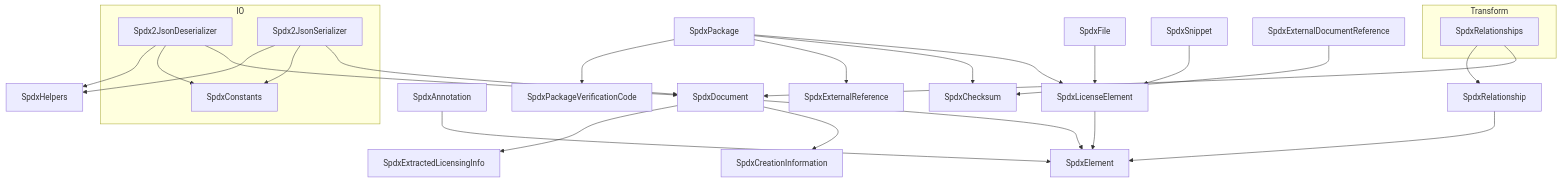
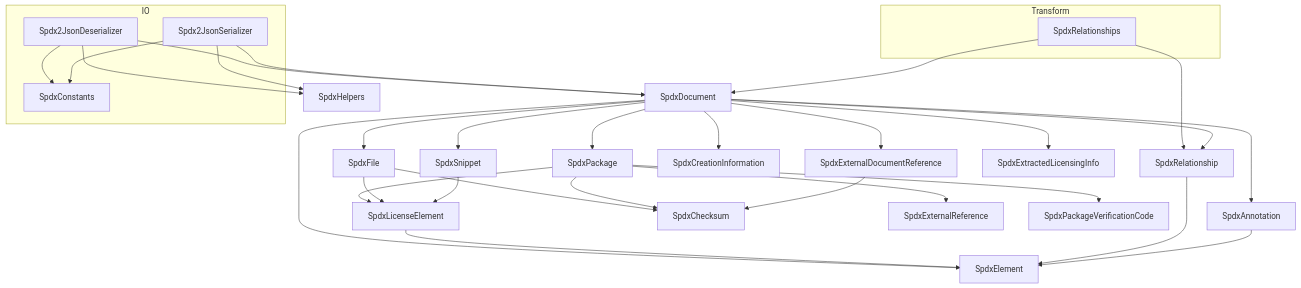
One commit to demaconsulting/SpdxModel changed the first of 2 diagrams in docs/design/spdx-model/spdx-model.md. Above: the diagram before and after it, drawn with Mermaid. The commit also changed 35 other files, not shown here.

````diff
--- a/docs/design/spdx-model/spdx-model.md
+++ b/docs/design/spdx-model/spdx-model.md
@@ -9,49 +9,56 @@
 ```mermaid
 flowchart TD
     subgraph IO
         Spdx2JsonDeserializer
         Spdx2JsonSerializer
         SpdxConstants
     end
     subgraph Transform
         SpdxRelationships
     end
     SpdxDocument
     SpdxElement
     SpdxLicenseElement
     SpdxPackage
     SpdxFile
     SpdxSnippet
     SpdxRelationship
     SpdxAnnotation
     SpdxChecksum
     SpdxCreationInformation
     SpdxExternalDocumentReference
     SpdxExternalReference
     SpdxExtractedLicensingInfo
     SpdxPackageVerificationCode
     SpdxHelpers
 
     SpdxDocument --> SpdxElement
     SpdxLicenseElement --> SpdxElement
     SpdxPackage --> SpdxLicenseElement
     SpdxFile --> SpdxLicenseElement
     SpdxSnippet --> SpdxLicenseElement
     SpdxRelationship --> SpdxElement
     SpdxAnnotation --> SpdxElement
 
     Spdx2JsonDeserializer --> SpdxDocument
     Spdx2JsonDeserializer --> SpdxConstants
     Spdx2JsonSerializer --> SpdxDocument
     Spdx2JsonSerializer --> SpdxConstants
     SpdxRelationships --> SpdxDocument
     SpdxRelationships --> SpdxRelationship
+    SpdxDocument --> SpdxPackage
+    SpdxDocument --> SpdxFile
+    SpdxDocument --> SpdxSnippet
+    SpdxDocument --> SpdxRelationship
+    SpdxDocument --> SpdxAnnotation
+    SpdxDocument --> SpdxExternalDocumentReference
     SpdxDocument --> SpdxCreationInformation
     SpdxDocument --> SpdxExtractedLicensingInfo
+    SpdxFile --> SpdxChecksum
     SpdxPackage --> SpdxChecksum
     SpdxPackage --> SpdxExternalReference
     SpdxPackage --> SpdxPackageVerificationCode
     SpdxExternalDocumentReference --> SpdxChecksum
     Spdx2JsonDeserializer --> SpdxHelpers
     Spdx2JsonSerializer --> SpdxHelpers
 ```
````
